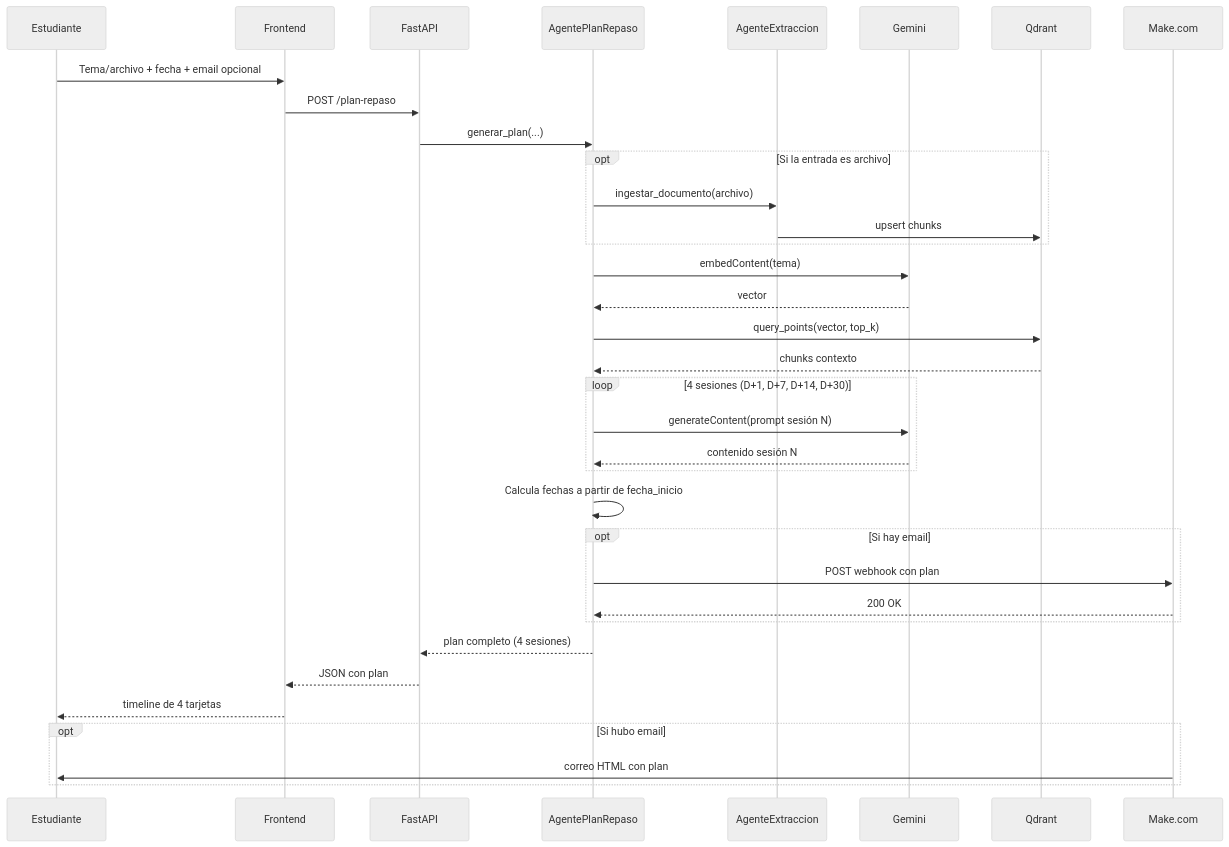
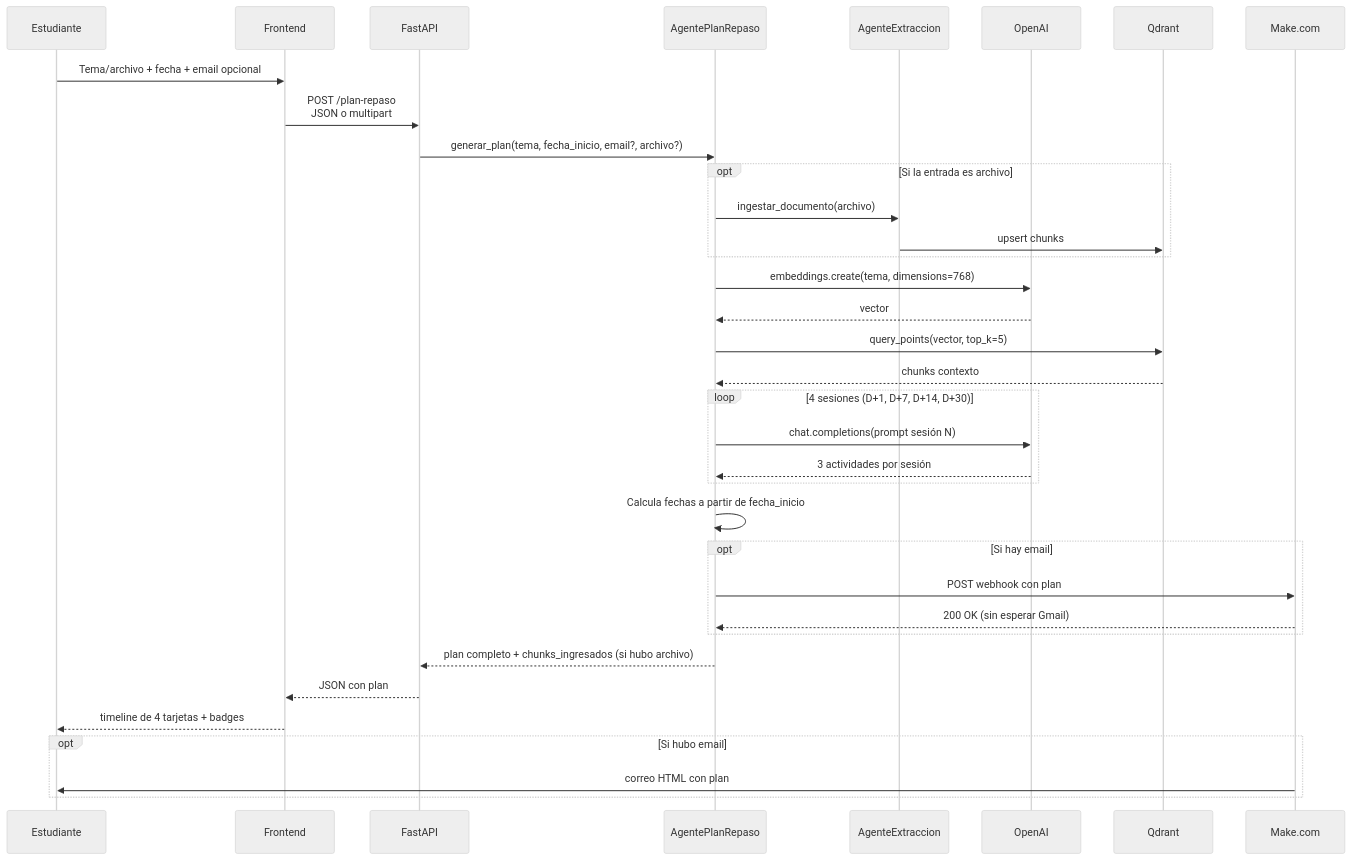
Before and after one commit to imlozano/mentor-ia-v2: the fourth of 6 diagrams in docs/academic/Flujo_Interaccion_Usuario_Sistema.md, drawn with Mermaid (neutral theme). The commit also changed other lines of this file and 6 other files, not shown here.

````diff
--- a/docs/academic/Flujo_Interaccion_Usuario_Sistema.md
+++ b/docs/academic/Flujo_Interaccion_Usuario_Sistema.md
@@ -225,38 +230,38 @@
 ```mermaid
 sequenceDiagram
     participant U as Estudiante
     participant FE as Frontend
     participant BE as FastAPI
     participant APR as AgentePlanRepaso
     participant AE as AgenteExtraccion
-    participant G as Gemini
+    participant OAI as OpenAI
     participant Q as Qdrant
     participant MK as Make.com
 
     U->>FE: Tema/archivo + fecha + email opcional
-    FE->>BE: POST /plan-repaso
-    BE->>APR: generar_plan(...)
+    FE->>BE: POST /plan-repaso<br/>JSON o multipart
+    BE->>APR: generar_plan(tema, fecha_inicio, email?, archivo?)
     opt Si la entrada es archivo
         APR->>AE: ingestar_documento(archivo)
         AE->>Q: upsert chunks
     end
-    APR->>G: embedContent(tema)
-    G-->>APR: vector
-    APR->>Q: query_points(vector, top_k)
+    APR->>OAI: embeddings.create(tema, dimensions=768)
+    OAI-->>APR: vector
+    APR->>Q: query_points(vector, top_k=5)
     Q-->>APR: chunks contexto
     loop 4 sesiones (D+1, D+7, D+14, D+30)
-        APR->>G: generateContent(prompt sesión N)
-        G-->>APR: contenido sesión N
+        APR->>OAI: chat.completions(prompt sesión N)
+        OAI-->>APR: 3 actividades por sesión
     end
     APR->>APR: Calcula fechas a partir de fecha_inicio
     opt Si hay email
         APR->>MK: POST webhook con plan
-        MK-->>APR: 200 OK
+        MK-->>APR: 200 OK (sin esperar Gmail)
     end
-    APR-->>BE: plan completo (4 sesiones)
+    APR-->>BE: plan completo + chunks_ingresados (si hubo archivo)
     BE-->>FE: JSON con plan
-    FE-->>U: timeline de 4 tarjetas
+    FE-->>U: timeline de 4 tarjetas + badges
     opt Si hubo email
         MK->>U: correo HTML con plan
     end
 ```
````
